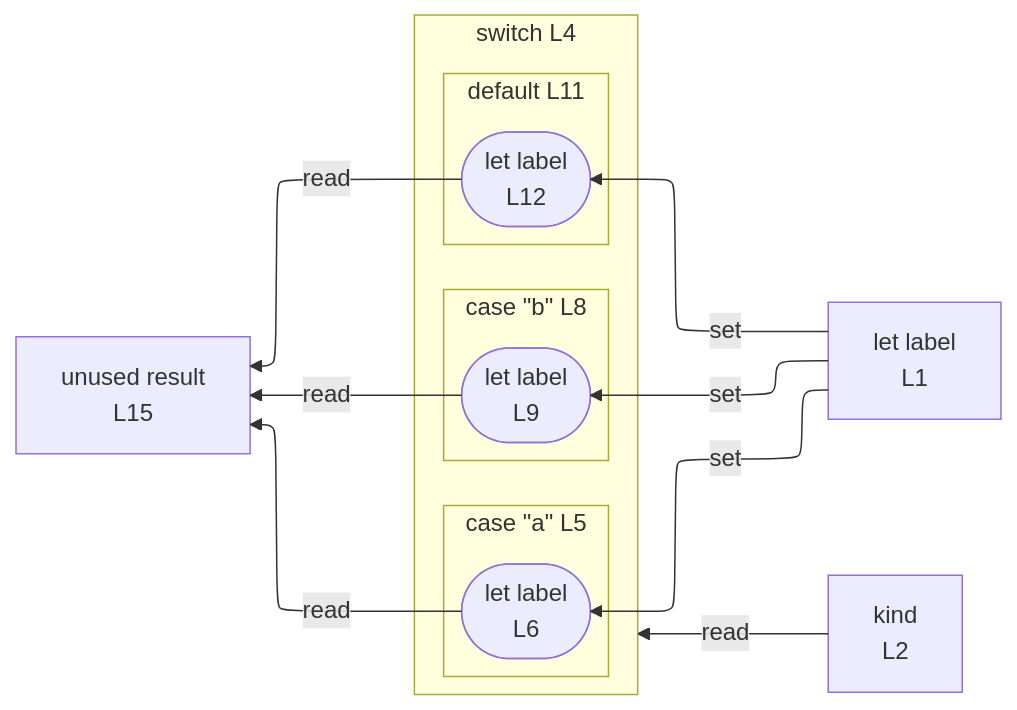
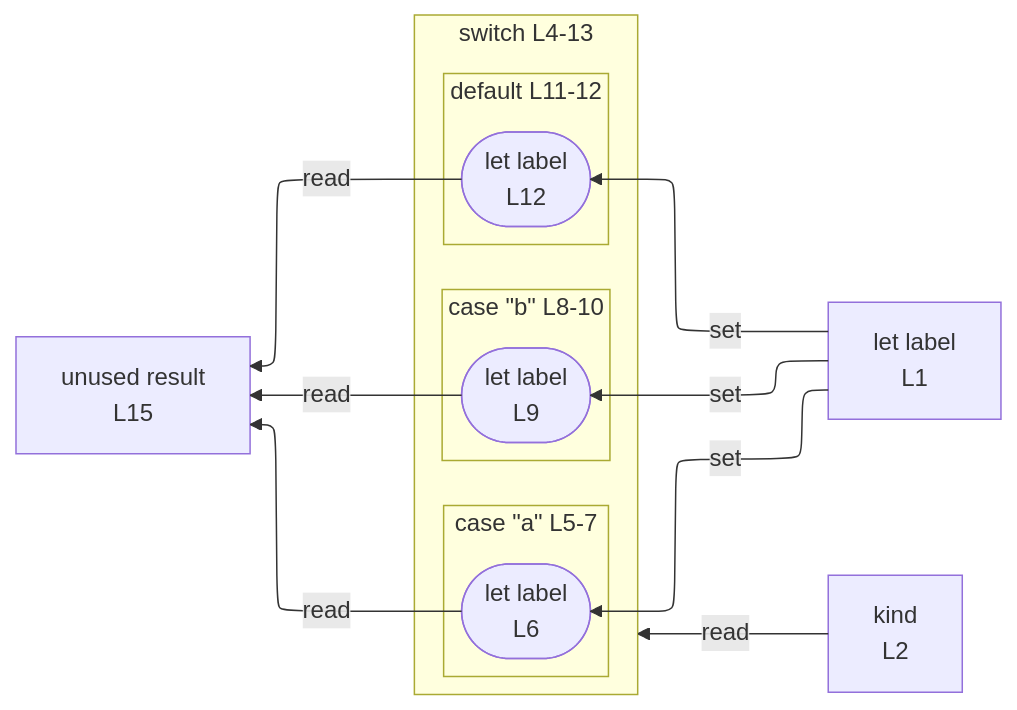
The diagram in integration/fixtures/control-switch-break/preview.md (crescware/unsnarl), drawn with Mermaid before and after one commit. The commit also changed 125 other files, not shown here.

````diff
--- a/integration/fixtures/control-switch-break/preview.md
+++ b/integration/fixtures/control-switch-break/preview.md
@@ -25,29 +25,29 @@
 ```mermaid
 %%{init: {"flowchart": {"defaultRenderer": "elk"}}}%%
 flowchart RL
   n_scope_0_label_4["let label<br/>L1"]
   n_scope_0_kind_22["kind<br/>L2"]
   n_scope_0_result_179["unused result<br/>L15"]
-  subgraph s_scope_1["switch L4"]
+  subgraph s_scope_1["switch L4-13"]
     direction RL
-    subgraph s_scope_2["case &quot;a&quot; L5"]
+    subgraph s_scope_2["case &quot;a&quot; L5-7"]
       direction RL
       wr_ref_1(["let label<br/>L6"])
     end
-    subgraph s_scope_3["case &quot;b&quot; L8"]
+    subgraph s_scope_3["case &quot;b&quot; L8-10"]
       direction RL
       wr_ref_2(["let label<br/>L9"])
     end
-    subgraph s_scope_4["default L11"]
+    subgraph s_scope_4["default L11-12"]
       direction RL
       wr_ref_3(["let label<br/>L12"])
     end
   end
   n_scope_0_label_4 -->|set| wr_ref_1
   n_scope_0_label_4 -->|set| wr_ref_2
   n_scope_0_label_4 -->|set| wr_ref_3
   n_scope_0_kind_22 -->|read| s_scope_1
   wr_ref_1 -->|read| n_scope_0_result_179
   wr_ref_2 -->|read| n_scope_0_result_179
   wr_ref_3 -->|read| n_scope_0_result_179
 ```
````
